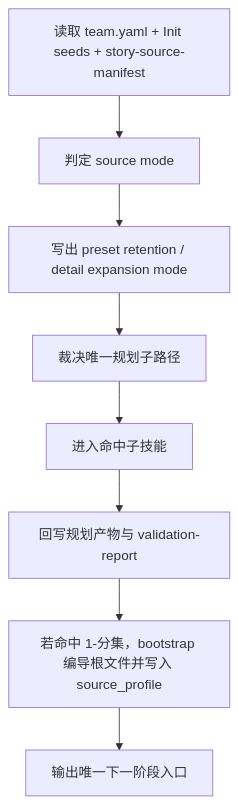
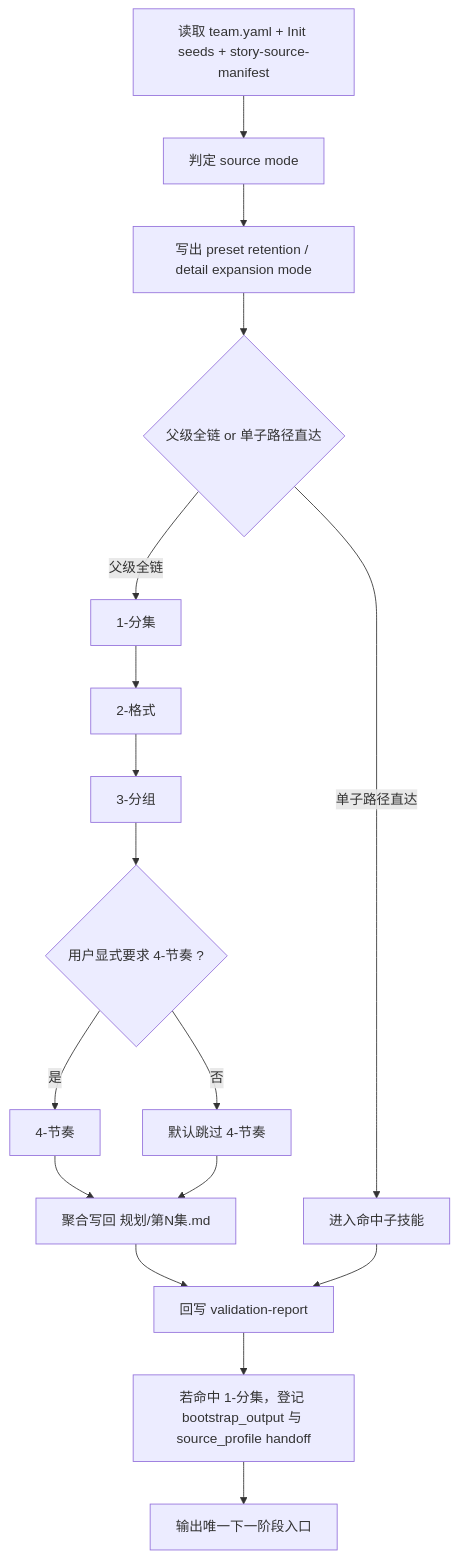
The diagram in .agents/skills/aigc/1-规划/references/execution-flow.md (ZEN-VOID/AI-CUT), drawn with Mermaid before and after one commit. The commit also changed other lines of this file and 54 other files, not shown here.

````diff
--- a/.agents/skills/aigc/1-规划/references/execution-flow.md
+++ b/.agents/skills/aigc/1-规划/references/execution-flow.md
@@ -7,10 +7,19 @@
 ```mermaid
 flowchart TD
     A["读取 team.yaml + Init seeds + story-source-manifest"] --> B["判定 source mode"]
     B --> C["写出 preset retention / detail expansion mode"]
-    C --> D["裁决唯一规划子路径"]
-    D --> E["进入命中子技能"]
-    E --> F["回写规划产物与 validation-report"]
-    F --> G["若命中 1-分集，bootstrap 编导根文件并写入 source_profile"]
-    G --> H["输出唯一下一阶段入口"]
+    C --> D{"父级全链 or 单子路径直达"}
+    D -->|"父级全链"| E["1-分集"]
+    E --> F["2-格式"]
+    F --> G["3-分组"]
+    G --> H{"用户显式要求 4-节奏 ?"}
+    H -->|"是"| I["4-节奏"]
+    H -->|"否"| J["默认跳过 4-节奏"]
+    I --> K["聚合写回 规划/第N集.md"]
+    J --> K
+    D -->|"单子路径直达"| L["进入命中子技能"]
+    K --> M["回写 validation-report"]
+    L --> M
+    M --> N["若命中 1-分集，登记 bootstrap_output 与 source_profile handoff"]
+    N --> O["输出唯一下一阶段入口"]
 ```
````
